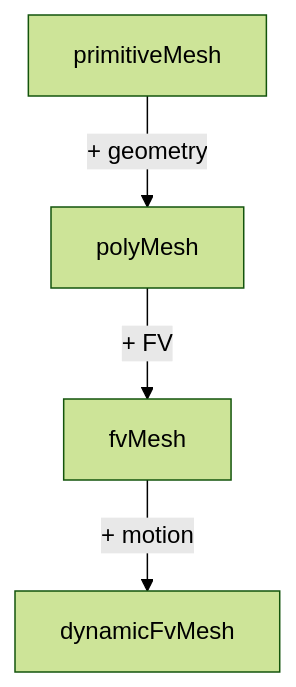
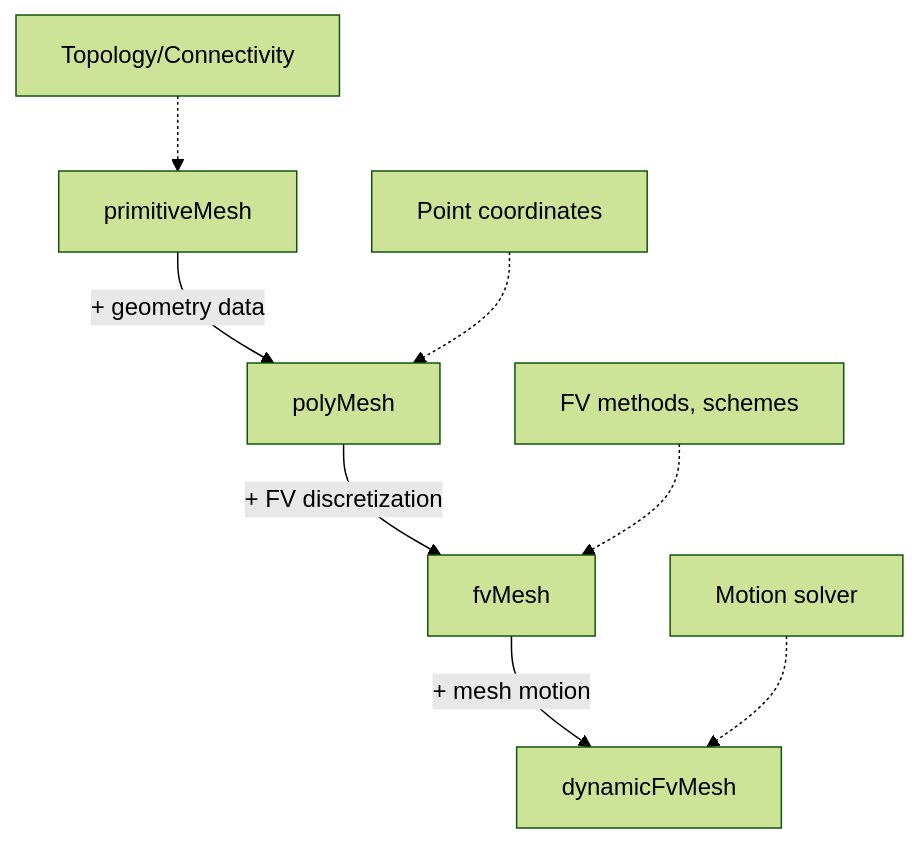
One commit to wramet/build-my-cfd changed the diagram in MODULE_05_OPENFOAM_PROGRAMMING/CONTENT/04_MESH_CLASSES/01_Introduction.md. Above: the diagram before and after it, drawn with Mermaid (forest theme). The commit also changed other lines of this file and 124 other files, not shown here.

````diff
--- a/MODULE_05_OPENFOAM_PROGRAMMING/CONTENT/04_MESH_CLASSES/01_Introduction.md
+++ b/MODULE_05_OPENFOAM_PROGRAMMING/CONTENT/04_MESH_CLASSES/01_Introduction.md
@@ -71,6 +330,11 @@
 ```mermaid
 flowchart TD
-    A[primitiveMesh] -->|+ geometry| B[polyMesh]
-    B -->|+ FV| C[fvMesh]
-    C -->|+ motion| D[dynamicFvMesh]
+    A[primitiveMesh] -->|+ geometry data| B[polyMesh]
+    B -->|+ FV discretization| C[fvMesh]
+    C -->|+ mesh motion| D[dynamicFvMesh]
+    
+    A1[Topology/Connectivity] -.-> A
+    B1[Point coordinates] -.-> B
+    C1[FV methods, schemes] -.-> C
+    D1[Motion solver] -.-> D
 ```
````
